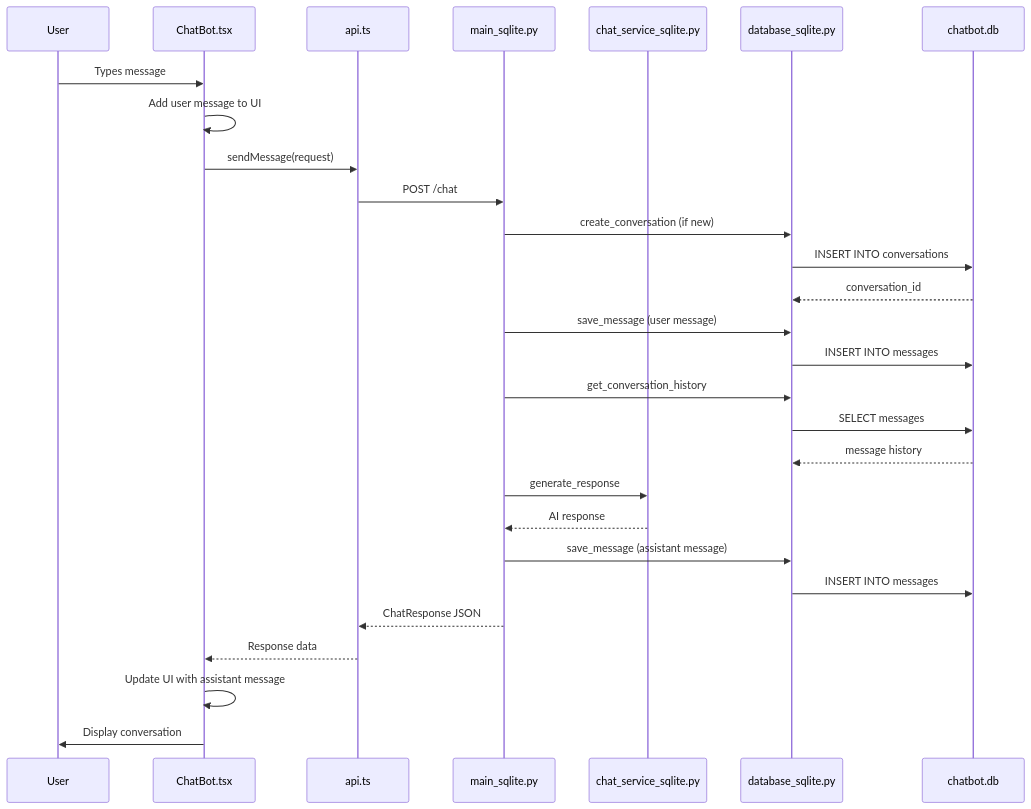
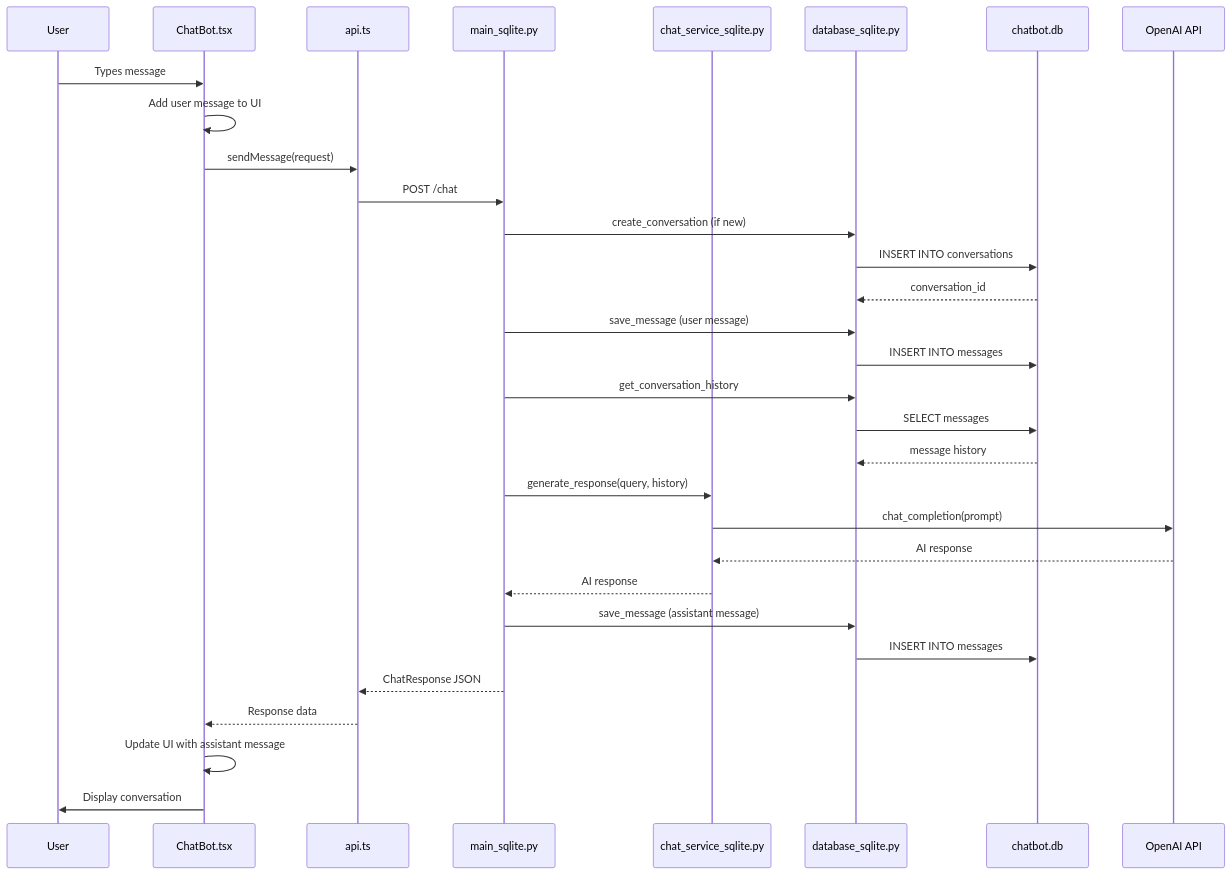
The second of 4 diagrams in fullstack.md (VimeansethThorng/fastapi-react-typescript-chatbot), drawn with Mermaid before and after one commit. The commit also changed other lines of this file and 9 other files, not shown here.

````diff
--- a/fullstack.md
+++ b/fullstack.md
@@ -74,37 +90,41 @@
 ```mermaid
 sequenceDiagram
     participant User
     participant ChatBot as ChatBot.tsx
     participant API as api.ts
     participant FastAPI as main_sqlite.py
     participant ChatService as chat_service_sqlite.py
     participant DBManager as database_sqlite.py
     participant SQLite as chatbot.db
+    participant OpenAI as OpenAI API
     
+    %% Chat Flow
     User->>ChatBot: Types message
     ChatBot->>ChatBot: Add user message to UI
     ChatBot->>API: sendMessage(request)
     API->>FastAPI: POST /chat
     
     FastAPI->>DBManager: create_conversation (if new)
     DBManager->>SQLite: INSERT INTO conversations
     SQLite-->>DBManager: conversation_id
     
     FastAPI->>DBManager: save_message (user message)
     DBManager->>SQLite: INSERT INTO messages
     
     FastAPI->>DBManager: get_conversation_history
     DBManager->>SQLite: SELECT messages
     SQLite-->>DBManager: message history
     
-    FastAPI->>ChatService: generate_response
+    FastAPI->>ChatService: generate_response(query, history)
+    ChatService->>OpenAI: chat_completion(prompt)
+    OpenAI-->>ChatService: AI response
     ChatService-->>FastAPI: AI response
     
     FastAPI->>DBManager: save_message (assistant message)
     DBManager->>SQLite: INSERT INTO messages
     
     FastAPI-->>API: ChatResponse JSON
     API-->>ChatBot: Response data
     ChatBot->>ChatBot: Update UI with assistant message
     ChatBot->>User: Display conversation
 ```
````
